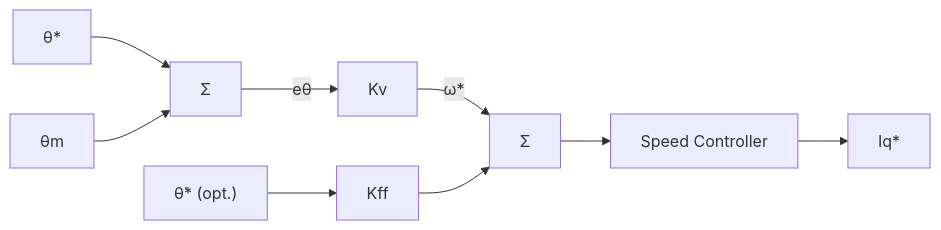
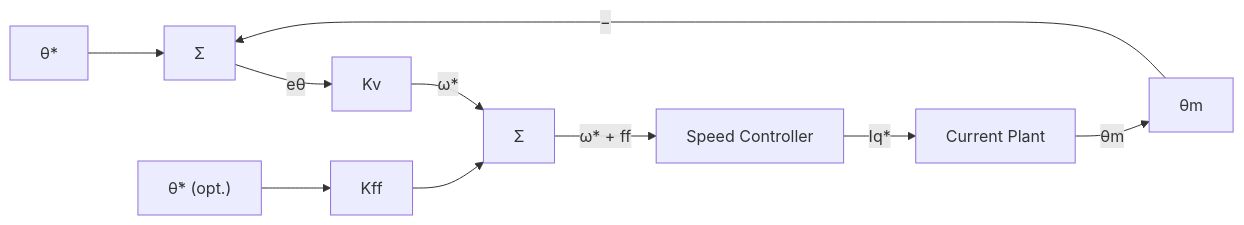
The second of 2 diagrams in documentation/theory/position-loop-controllers.md (embedded-pro/e-foc), drawn with Mermaid before and after one commit. The commit also changed other lines of this file and 21 other files, not shown here.

````diff
--- a/documentation/theory/position-loop-controllers.md
+++ b/documentation/theory/position-loop-controllers.md
@@ -163,9 +161,11 @@
 ```mermaid
 graph LR
     THR["θ*"] --> SE["Σ"]
-    TH["θm"] --> SE
+    TH["θm"] -->|"−"| SE
     SE -->|"eθ"| KV["Kv"]
     KV -->|"ω*"| SFF["Σ"]
     THDOT["θ̇* (opt.)"] --> KFF["Kff"] --> SFF
-    SFF --> SPD["Speed Controller"] --> IQ["Iq*"]
+    SFF -->|"ω* + ff"| SPD["Speed Controller"]
+    SPD -->|"Iq*"| PLANT["Current Plant"]
+    PLANT -->|"θm"| TH
 ```
````
